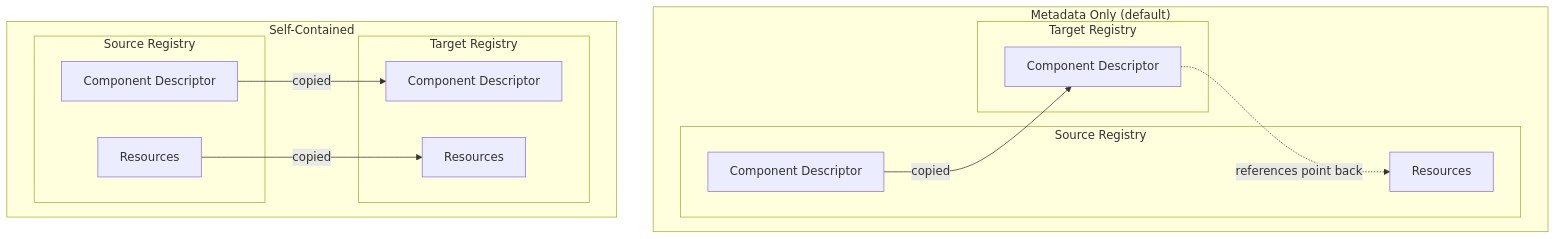
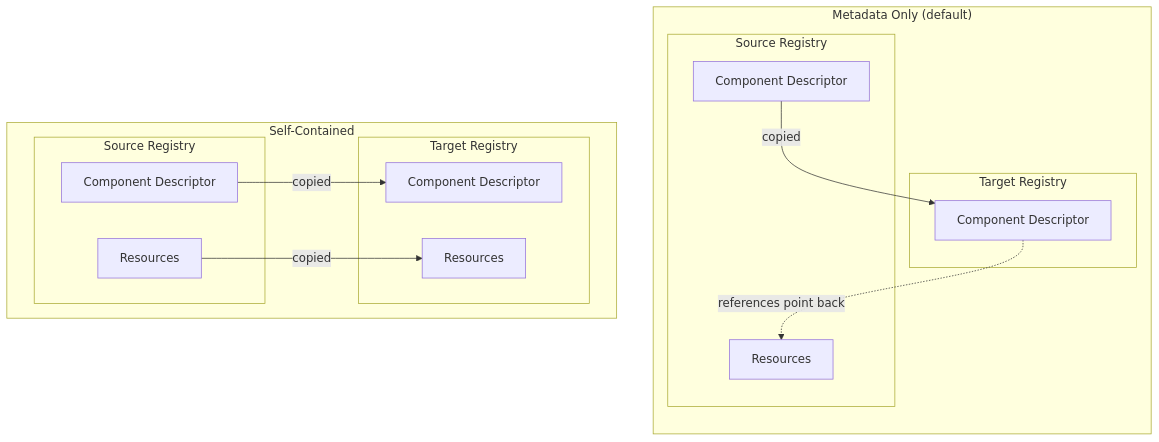
Before and after one commit to open-component-model/ocm-website: the second of 4 diagrams in content/docs/concepts/transfer-concept.md, drawn with Mermaid. The commit also changed other lines of this file and 1 other file, not shown here.

````diff
--- a/content/docs/concepts/transfer-concept.md
+++ b/content/docs/concepts/transfer-concept.md
@@ -46,29 +46,29 @@
 ```mermaid
 flowchart TB
     subgraph metadataOnly["Metadata Only (default)"]
-        direction LR
+        direction TB
+        subgraph T1["Target Registry"]
+            T1CD["Component Descriptor"]
+        end
         subgraph S1["Source Registry"]
             S1CD["Component Descriptor"]
             S1R["Resources"]
-        end
-        subgraph T1["Target Registry"]
-            T1CD["Component Descriptor"]
         end
         S1CD -->|"copied"| T1CD
         T1CD -.->|"references point back"| S1R
     end
 
     subgraph copy["Self-Contained"]
         direction LR
         subgraph S2["Source Registry"]
             S2CD["Component Descriptor"]
             S2R["Resources"]
         end
         subgraph T2["Target Registry"]
             T2CD["Component Descriptor"]
             T2R["Resources"]
         end
         S2CD -->|"copied"| T2CD
         S2R -->|"copied"| T2R
     end
 ```
````
